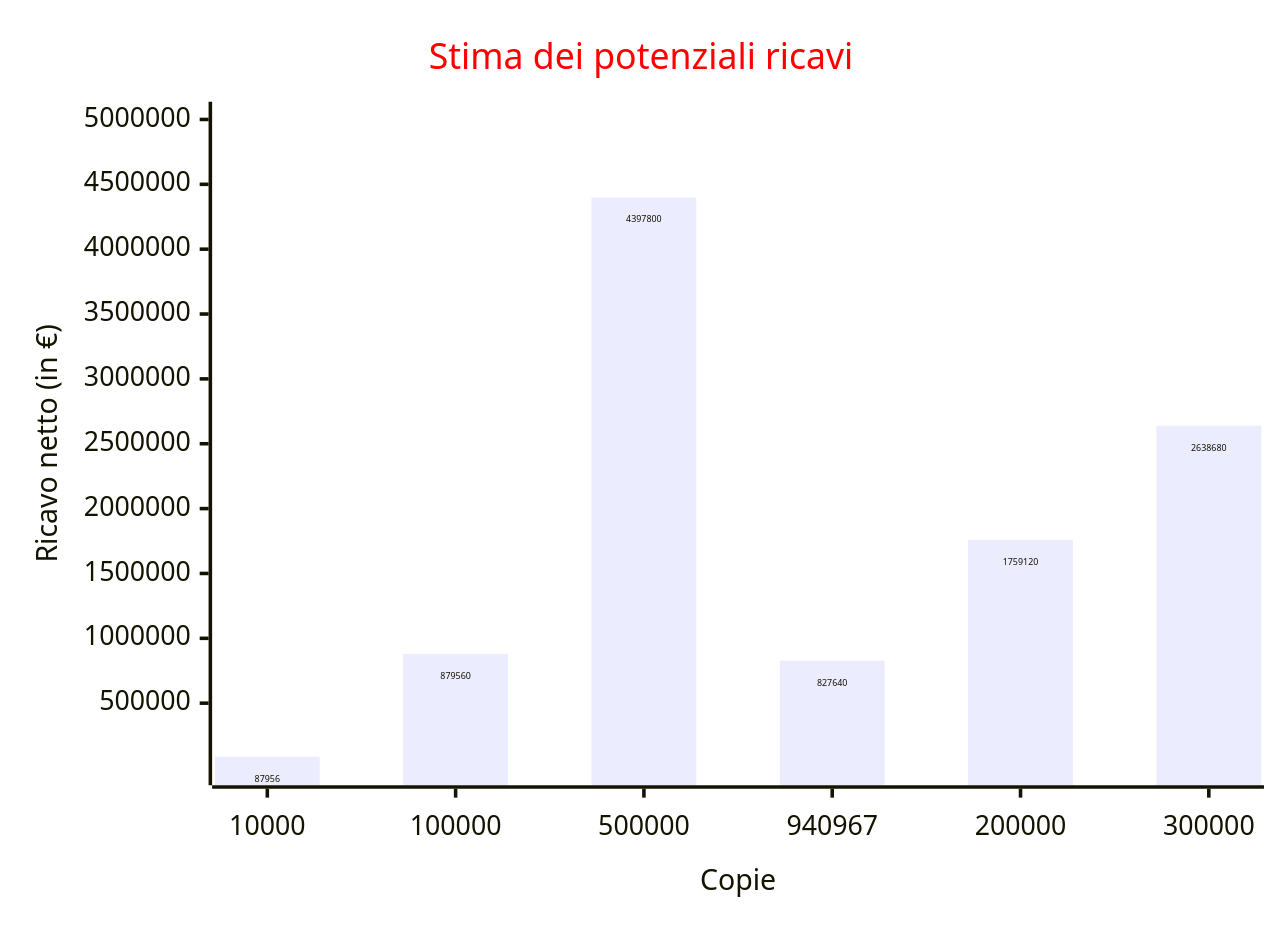
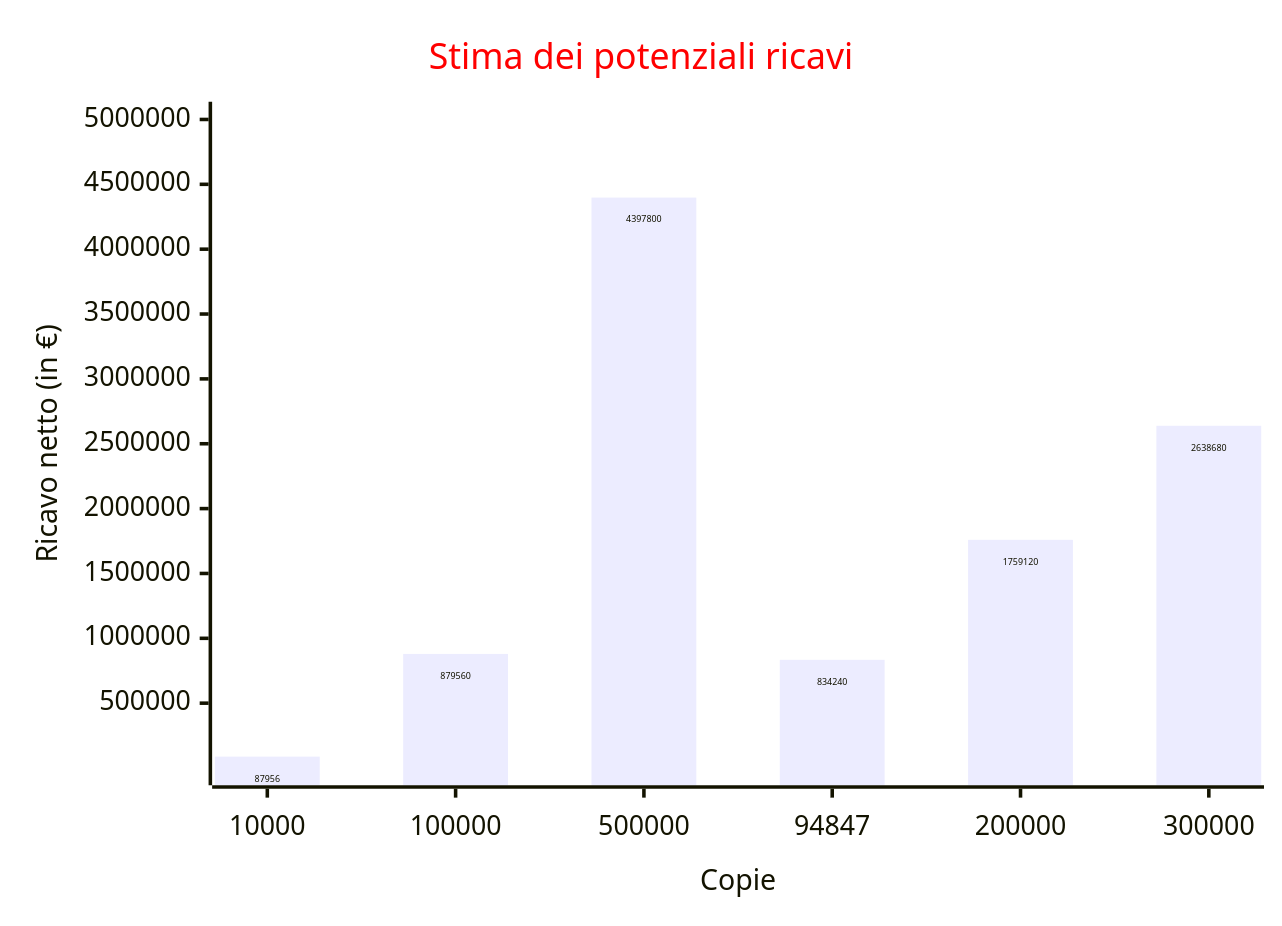
The second of 2 diagrams in report/scoping/Feasibility-studies.md (JBmanu/AthenaPlay-PM), drawn with Mermaid before and after one commit. The commit also changed other lines of this file and 4 other files, not shown here.

````diff
--- a/report/scoping/Feasibility-studies.md
+++ b/report/scoping/Feasibility-studies.md
@@ -94,22 +94,22 @@
 ```mermaid
 ---
 config:
     xyChart:
         showDataLabel: true
         yAxis:
             titlePadding: 
             labelFontSize: 15
         xAxis:
             labelFontSize: 15
             showLabel: true
     themeVariables:
         xyChart:
             titleColor: "#ff0000"
 ---
 xychart-beta
     title "Stima dei potenziali ricavi"
-x-axis "Copie" [10000, 100000, 500000, 940967, 200000, 300000]
+x-axis "Copie" [10000, 100000, 500000, 94847, 200000, 300000]
 y-axis "Ricavo netto (in €)" 5000 --> 5000000
-bar [87956, 879560, 4397800, 827640, 1759120, 2638680]
-%%line [87956, 879560, 4397800, 827640, 1759120, 2638680]
+bar [87956, 879560, 4397800, 834240, 1759120, 2638680]
+%%line [87956, 879560, 4397800, 834240, 1759120, 2638680]
 ```
````
